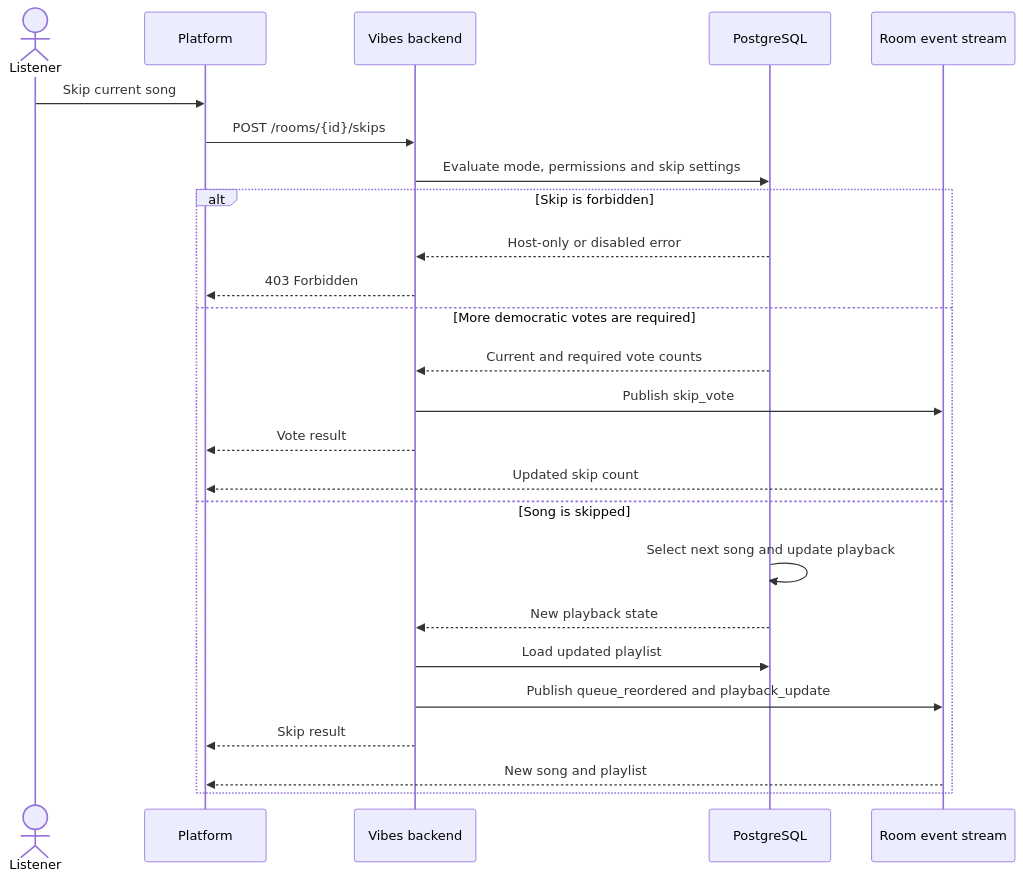
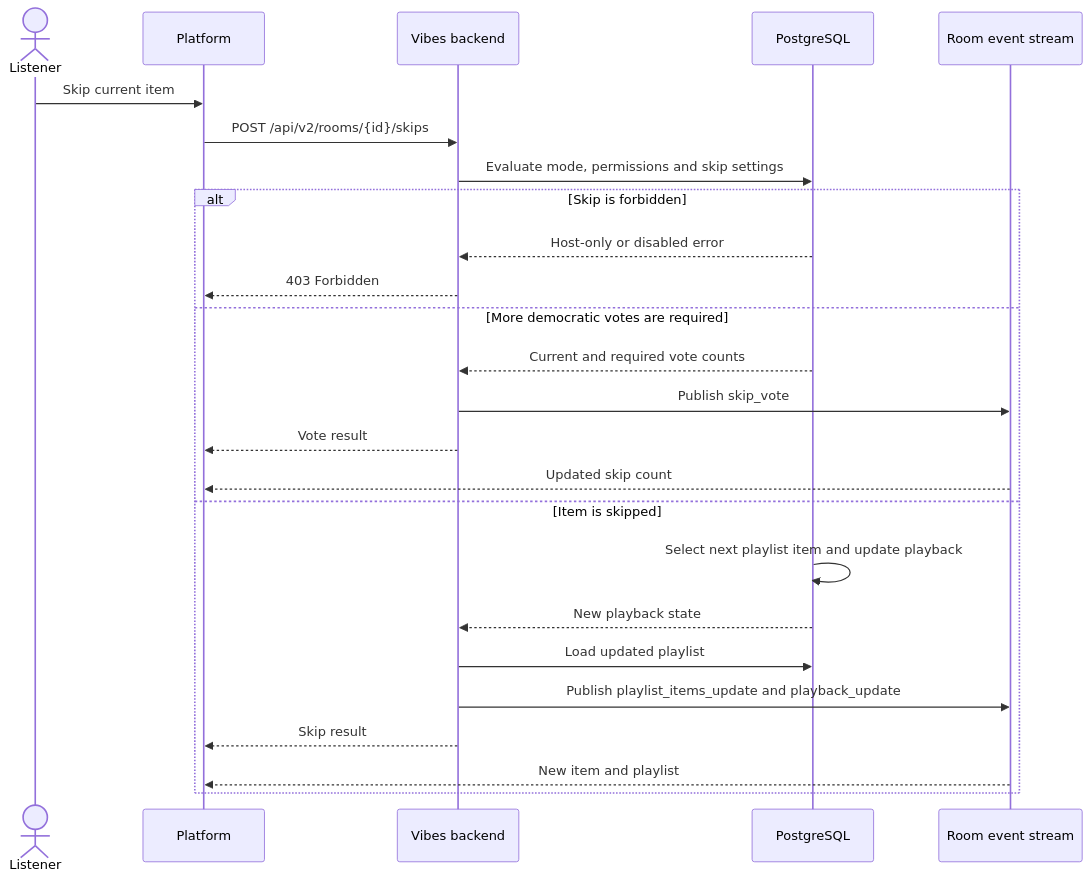
The diagram in docs/flows/skip.md (zoff-music/vibes-backend), drawn with Mermaid before and after one commit. The commit also changed other lines of this file and 69 other files, not shown here.

````diff
--- a/docs/flows/skip.md
+++ b/docs/flows/skip.md
@@ -6,29 +7,29 @@
 ```mermaid
 sequenceDiagram
     actor Listener
     participant Platform
     participant API as Vibes backend
     participant DB as PostgreSQL
     participant Events as Room event stream
 
-    Listener->>Platform: Skip current song
-    Platform->>API: POST /rooms/{id}/skips
+    Listener->>Platform: Skip current item
+    Platform->>API: POST /api/v2/rooms/{id}/skips
     API->>DB: Evaluate mode, permissions and skip settings
 
     alt Skip is forbidden
         DB-->>API: Host-only or disabled error
         API-->>Platform: 403 Forbidden
     else More democratic votes are required
         DB-->>API: Current and required vote counts
         API->>Events: Publish skip_vote
         API-->>Platform: Vote result
         Events-->>Platform: Updated skip count
-    else Song is skipped
-        DB->>DB: Select next song and update playback
+    else Item is skipped
+        DB->>DB: Select next playlist item and update playback
         DB-->>API: New playback state
         API->>DB: Load updated playlist
-        API->>Events: Publish queue_reordered and playback_update
+        API->>Events: Publish playlist_items_update and playback_update
         API-->>Platform: Skip result
-        Events-->>Platform: New song and playlist
+        Events-->>Platform: New item and playlist
     end
 ```
````
